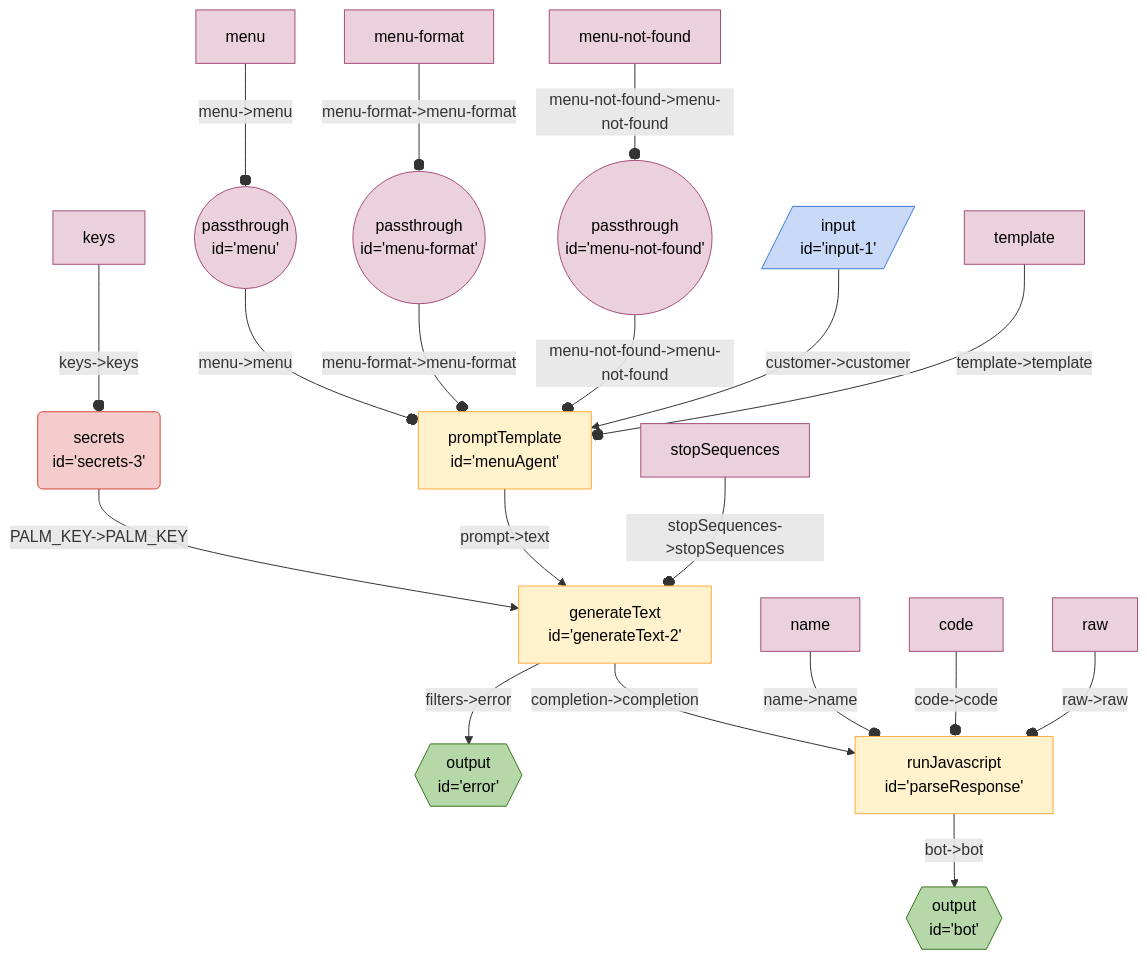
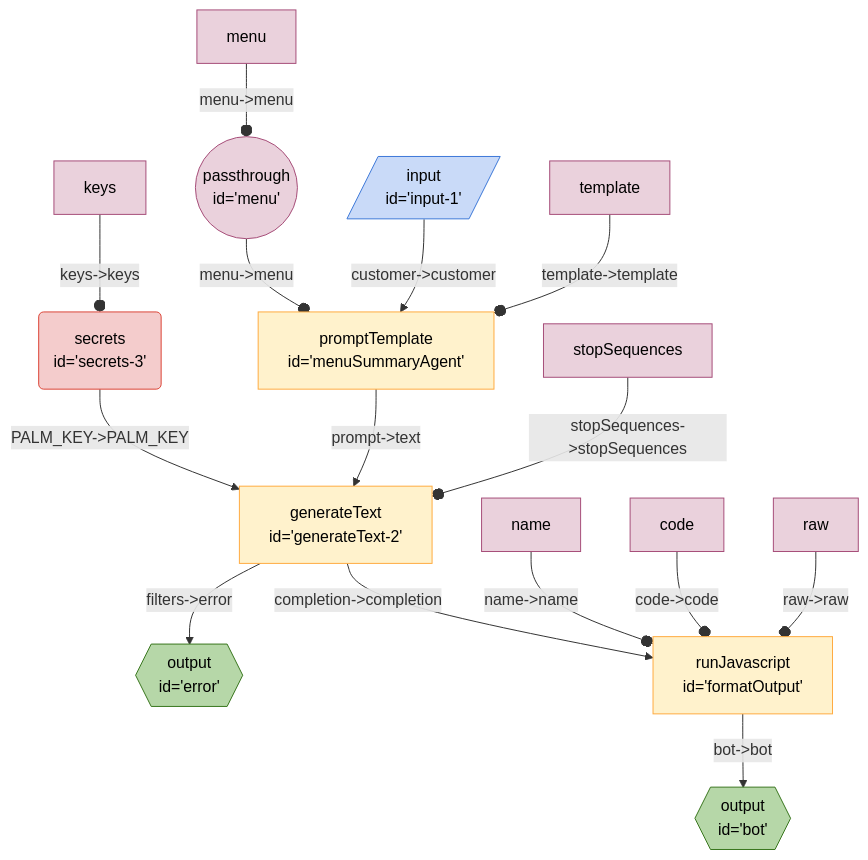
One commit to breadboard-ai/breadboard changed the diagram in seeds/coffee-bot-board/docs/menu-summary-agent.md. Above: the diagram before and after it, drawn with Mermaid. The commit also changed 3 other files, not shown here.

Commit message:
[coffee-bot-board] Finish converting v2 to `PromptMaker`.

````diff
--- a/seeds/coffee-bot-board/docs/menu-summary-agent.md
+++ b/seeds/coffee-bot-board/docs/menu-summary-agent.md
@@ -3,30 +3,26 @@
 ```mermaid
 %%{init: 'themeVariables': { 'fontFamily': 'Fira Code, monospace' }}%%
 graph TD;
-menu(("passthrough <br> id='menu'")):::passthrough -- "menu->menu" --o menuAgent["promptTemplate <br> id='menuAgent'"]
-menuformat(("passthrough <br> id='menu-format'")):::passthrough -- "menu-format->menu-format" --o menuAgent["promptTemplate <br> id='menuAgent'"]
-menunotfound(("passthrough <br> id='menu-not-found'")):::passthrough -- "menu-not-found->menu-not-found" --o menuAgent["promptTemplate <br> id='menuAgent'"]
+menu(("passthrough <br> id='menu'")):::passthrough -- "menu->menu" --o menuSummaryAgent["promptTemplate <br> id='menuSummaryAgent'"]
 generateText2["generateText <br> id='generateText-2'"] -- "filters->error" --> error{{"output <br> id='error'"}}:::output
 secrets3("secrets <br> id='secrets-3'"):::secrets -- "PALM_KEY->PALM_KEY" --> generateText2["generateText <br> id='generateText-2'"]
-parseResponse["runJavascript <br> id='parseResponse'"] -- "bot->bot" --> bot{{"output <br> id='bot'"}}:::output
-generateText2["generateText <br> id='generateText-2'"] -- "completion->completion" --> parseResponse["runJavascript <br> id='parseResponse'"]
-menuAgent["promptTemplate <br> id='menuAgent'"] -- "prompt->text" --> generateText2["generateText <br> id='generateText-2'"]
-input1[/"input <br> id='input-1'"/]:::input -- "customer->customer" --> menuAgent["promptTemplate <br> id='menuAgent'"]
-templatemenuAgent[template]:::config -- "template->template" --o menuAgent
+formatOutput["runJavascript <br> id='formatOutput'"] -- "bot->bot" --> bot{{"output <br> id='bot'"}}:::output
+generateText2["generateText <br> id='generateText-2'"] -- "completion->completion" --> formatOutput["runJavascript <br> id='formatOutput'"]
+menuSummaryAgent["promptTemplate <br> id='menuSummaryAgent'"] -- "prompt->text" --> generateText2["generateText <br> id='generateText-2'"]
+input1[/"input <br> id='input-1'"/]:::input -- "customer->customer" --> menuSummaryAgent["promptTemplate <br> id='menuSummaryAgent'"]
+templatemenuSummaryAgent[template]:::config -- "template->template" --o menuSummaryAgent
 menumenu[menu]:::config -- "menu->menu" --o menu
-menuformatmenuformat[menu-format]:::config -- "menu-format->menu-format" --o menuformat
-menunotfoundmenunotfound[menu-not-found]:::config -- "menu-not-found->menu-not-found" --o menunotfound
 stopSequencesgenerateText2[stopSequences]:::config -- "stopSequences->stopSequences" --o generateText2
 keyssecrets3[keys]:::config -- "keys->keys" --o secrets3
-nameparseResponse[name]:::config -- "name->name" --o parseResponse
-codeparseResponse[code]:::config -- "code->code" --o parseResponse
-rawparseResponse[raw]:::config -- "raw->raw" --o parseResponse
+nameformatOutput[name]:::config -- "name->name" --o formatOutput
+codeformatOutput[code]:::config -- "code->code" --o formatOutput
+rawformatOutput[raw]:::config -- "raw->raw" --o formatOutput
 classDef default stroke:#ffab40,fill:#fff2ccff,color:#000
 classDef input stroke:#3c78d8,fill:#c9daf8ff,color:#000
 classDef output stroke:#38761d,fill:#b6d7a8ff,color:#000
 classDef passthrough stroke:#a64d79,fill:#ead1dcff,color:#000
 classDef slot stroke:#a64d79,fill:#ead1dcff,color:#000
 classDef config stroke:#a64d79,fill:#ead1dcff,color:#000
 classDef secrets stroke:#db4437,fill:#f4cccc,color:#000
 classDef slotted stroke:#a64d79
 ```
````
